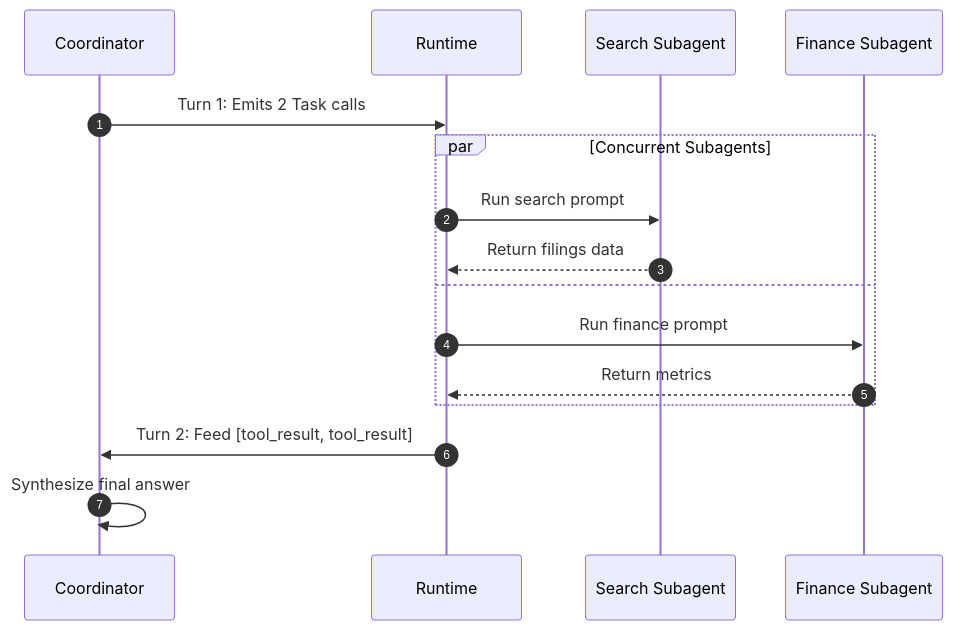
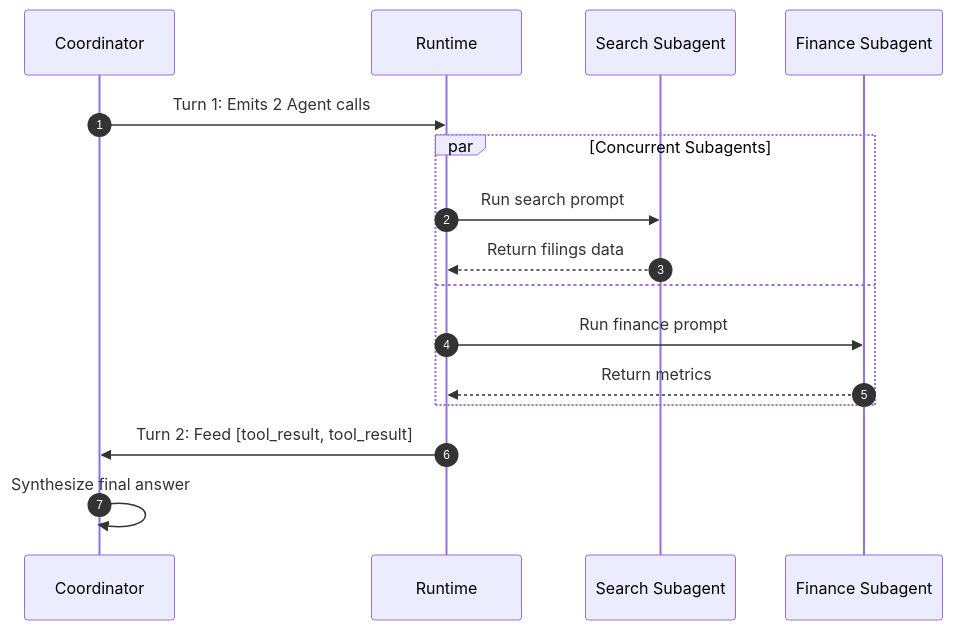
One commit to dip4k/claude_cert_architect_foundation_prep changed the fourth of 7 diagrams in domain1/KEY_CONCEPTS.md. Above: the diagram before and after it, drawn with Mermaid. The commit also changed other lines of this file and 56 other files, not shown here.

Commit message:
docs: improve beginner clarity, flow, Mermaid compliance across domains and expand EXAM_REFRESHER to all 30 TS

````diff
--- a/domain1/KEY_CONCEPTS.md
+++ b/domain1/KEY_CONCEPTS.md
@@ -248,19 +248,19 @@
 ```mermaid
 sequenceDiagram
     autonumber
     participant Coord as Coordinator
     participant Runtime as Runtime
     participant Sub1 as Search Subagent
     participant Sub2 as Finance Subagent
 
-    Coord->>Runtime: Turn 1: Emits 2 Task calls
+    Coord->>Runtime: Turn 1: Emits 2 Agent calls
     par Concurrent Subagents
         Runtime->>Sub1: Run search prompt
         Sub1-->>Runtime: Return filings data
     and
         Runtime->>Sub2: Run finance prompt
         Sub2-->>Runtime: Return metrics
     end
     Runtime->>Coord: Turn 2: Feed [tool_result, tool_result]
     Coord->>Coord: Synthesize final answer
 ```
````
